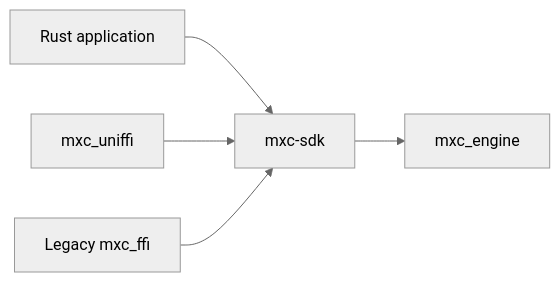
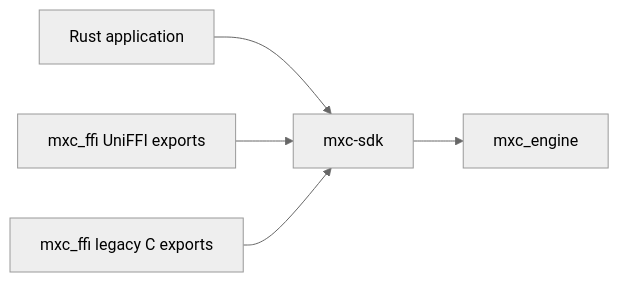
The first of 3 diagrams in docs/designs/SDK/rust-sdk-architecture.md (microsoft/mxc), drawn with Mermaid (neutral theme) before and after one commit. The commit also changed other lines of this file and 3 other files, not shown here.

````diff
--- a/docs/designs/SDK/rust-sdk-architecture.md
+++ b/docs/designs/SDK/rust-sdk-architecture.md
@@ -8,7 +8,7 @@
 ```mermaid
 flowchart LR
     R[Rust application] --> S[mxc-sdk]
-    U[mxc_uniffi] --> S
-    C[Legacy mxc_ffi] --> S
+    U[mxc_ffi UniFFI exports] --> S
+    C[mxc_ffi legacy C exports] --> S
     S --> E[mxc_engine]
 ```
````
